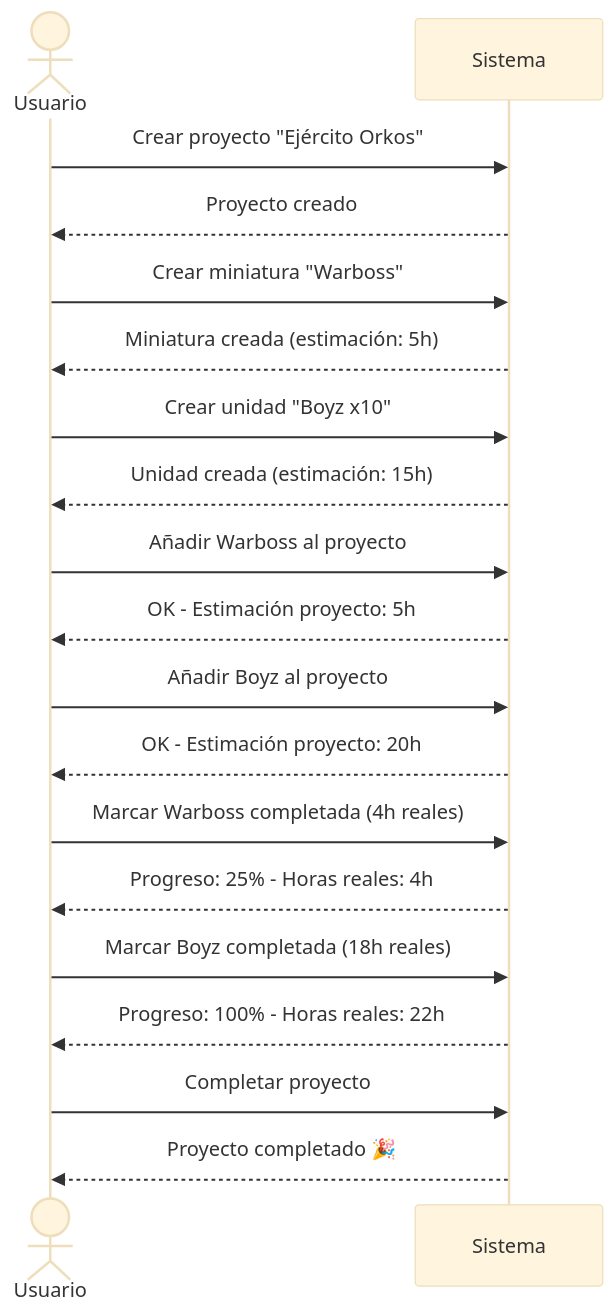
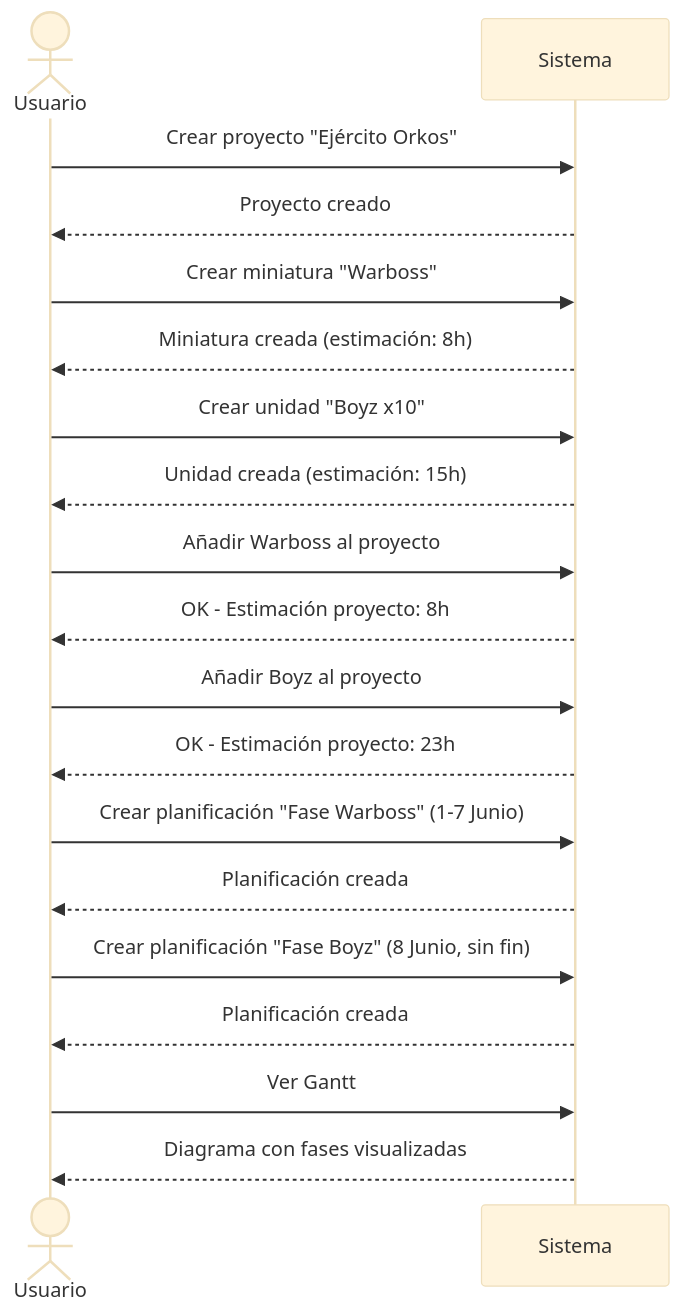
The second of 3 diagrams in docs/diagrams/use-cases.md (adriangromero/hobbyplanner), drawn with Mermaid (base theme) before and after one commit. The commit also changed other lines of this file, not shown here.

````diff
--- a/docs/diagrams/use-cases.md
+++ b/docs/diagrams/use-cases.md
@@ -167,29 +86,29 @@
 ```mermaid
 sequenceDiagram
     actor U as Usuario
     participant S as Sistema
 
     U->>S: Crear proyecto "Ejército Orkos"
     S-->>U: Proyecto creado
 
     U->>S: Crear miniatura "Warboss"
-    S-->>U: Miniatura creada (estimación: 5h)
+    S-->>U: Miniatura creada (estimación: 8h)
 
     U->>S: Crear unidad "Boyz x10"
     S-->>U: Unidad creada (estimación: 15h)
 
     U->>S: Añadir Warboss al proyecto
-    S-->>U: OK - Estimación proyecto: 5h
+    S-->>U: OK - Estimación proyecto: 8h
 
     U->>S: Añadir Boyz al proyecto
-    S-->>U: OK - Estimación proyecto: 20h
+    S-->>U: OK - Estimación proyecto: 23h
 
-    U->>S: Marcar Warboss completada (4h reales)
-    S-->>U: Progreso: 25% - Horas reales: 4h
+    U->>S: Crear planificación "Fase Warboss" (1-7 Junio)
+    S-->>U: Planificación creada
 
-    U->>S: Marcar Boyz completada (18h reales)
-    S-->>U: Progreso: 100% - Horas reales: 22h
+    U->>S: Crear planificación "Fase Boyz" (8 Junio, sin fin)
+    S-->>U: Planificación creada
 
-    U->>S: Completar proyecto
-    S-->>U: Proyecto completado 🎉
+    U->>S: Ver Gantt
+    S-->>U: Diagrama con fases visualizadas
 ```
````
